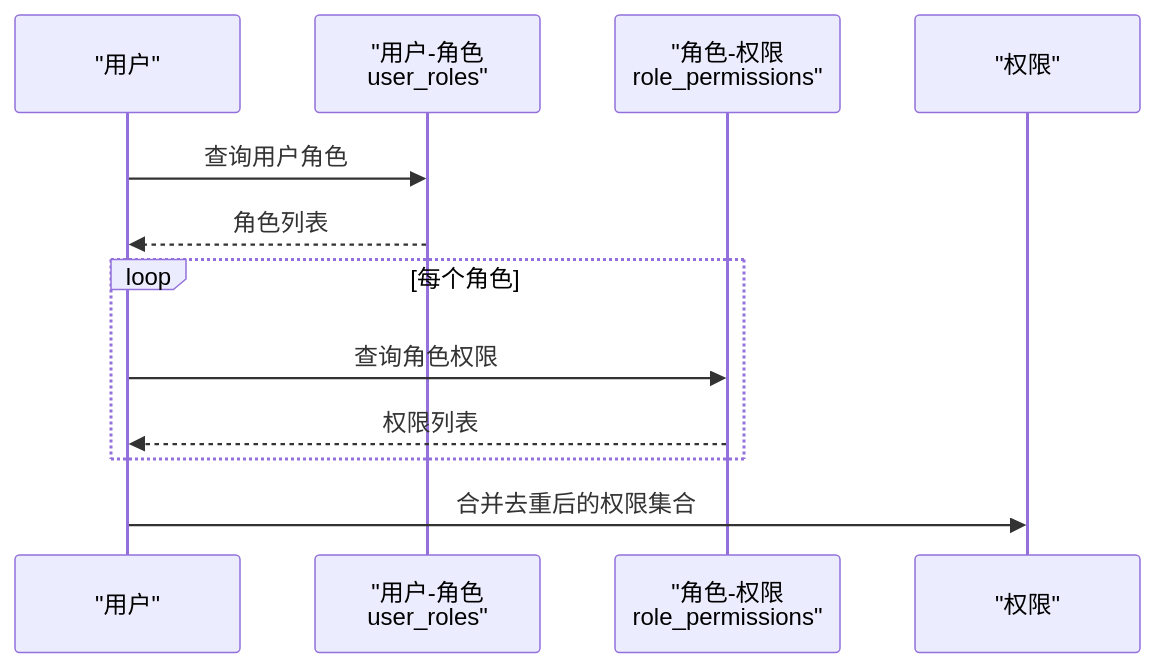
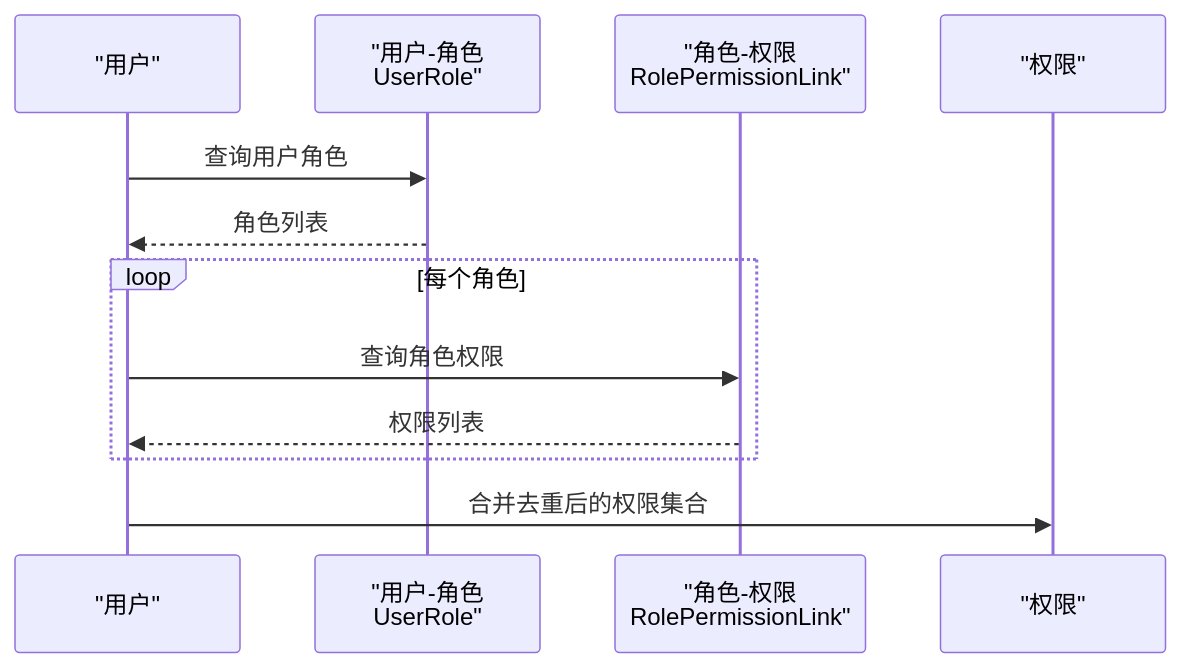
Before and after one commit to taoweidong/Hello-FastApi: the fifth of 7 diagrams in .qoder/repowiki/zh/content/项目概述/核心特性/RBAC 权限控制/权限管理.md, drawn with Mermaid. The commit also changed other lines of this file and 9 other files, not shown here.

````diff
--- a/.qoder/repowiki/zh/content/项目概述/核心特性/RBAC 权限控制/权限管理.md
+++ b/.qoder/repowiki/zh/content/项目概述/核心特性/RBAC 权限控制/权限管理.md
@@ -271,14 +292,14 @@
 ```mermaid
 sequenceDiagram
 participant U as "用户"
-participant UR as "用户-角色<br/>user_roles"
-participant RL as "角色-权限<br/>role_permissions"
+participant UR as "用户-角色<br/>UserRole"
+participant RL as "角色-权限<br/>RolePermissionLink"
 participant P as "权限"
 U->>UR : 查询用户角色
 UR-->>U : 角色列表
 loop 每个角色
 U->>RL : 查询角色权限
 RL-->>U : 权限列表
 end
 U->>P : 合并去重后的权限集合
 ```
````
